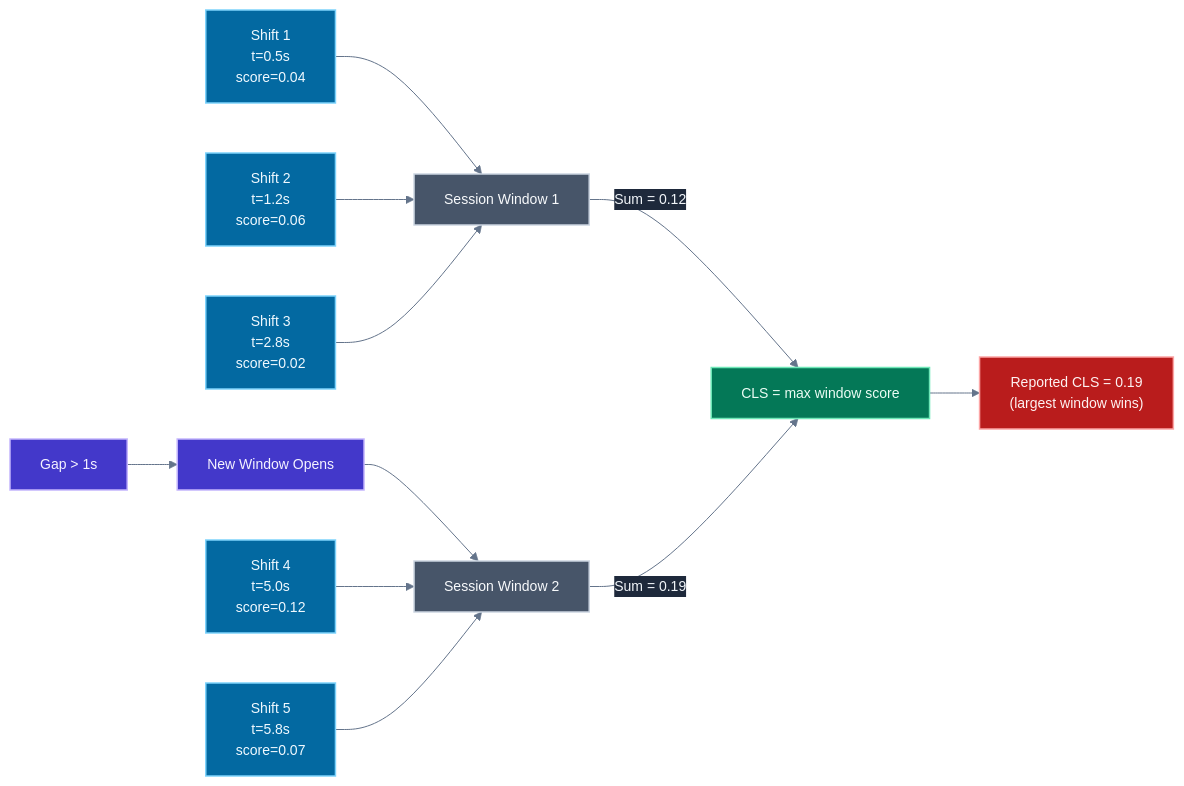
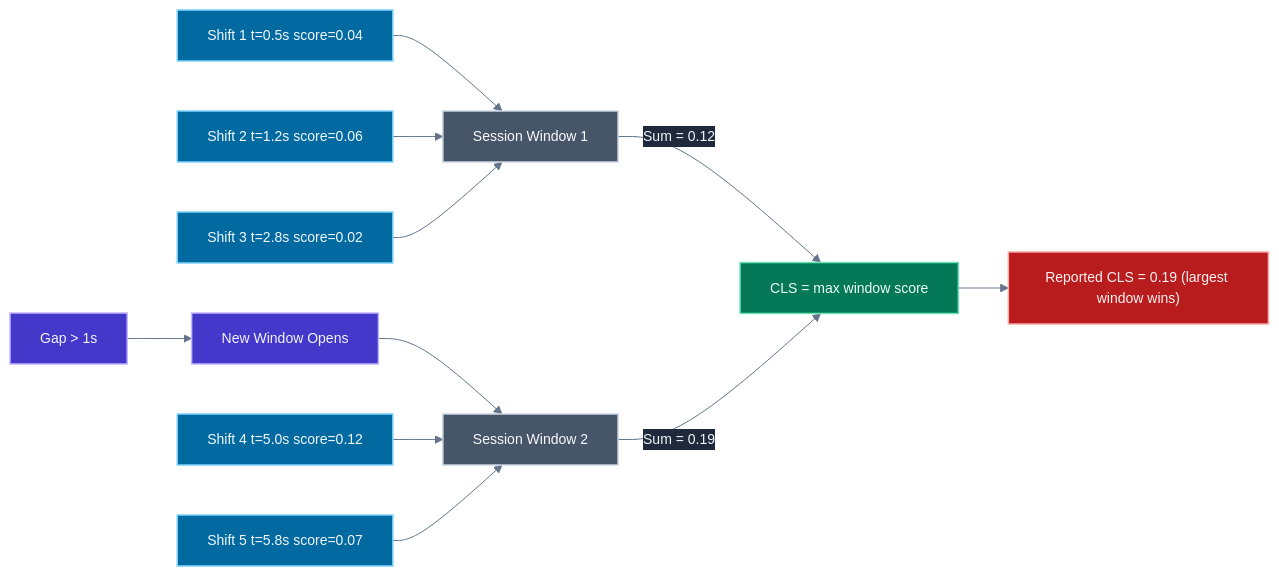
One commit to vinayakhumberi/litmus changed the third of 3 diagrams in data/topics/core-web-vitals.md. Above: the diagram before and after it, drawn with Mermaid. The commit also changed other lines of this file and 68 other files, not shown here.

````diff
--- a/data/topics/core-web-vitals.md
+++ b/data/topics/core-web-vitals.md
@@ -517,27 +517,27 @@
 ```mermaid
 %%{init: {"theme": "base", "themeVariables": {"background":"transparent","primaryColor":"#334155","primaryTextColor":"#f1f5f9","primaryBorderColor":"#64748b","lineColor":"#64748b","edgeLabelBackground":"#1e293b","textColor":"#f1f5f9","fontFamily":"\"Plus Jakarta Sans\", sans-serif","fontSize":"14px"}}}%%
 graph LR
-    A["Shift 1<br>t=0.5s<br>score=0.04"] --> W1["Session Window 1"]
-    B["Shift 2<br>t=1.2s<br>score=0.06"] --> W1
-    C["Shift 3<br>t=2.8s<br>score=0.02"] --> W1
+    A["Shift 1 t=0.5s score=0.04"] --> W1["Session Window 1"]
+    B["Shift 2 t=1.2s score=0.06"] --> W1
+    C["Shift 3 t=2.8s score=0.02"] --> W1
     D["Gap > 1s"] --> E["New Window Opens"]
     E --> W2["Session Window 2"]
-    F["Shift 4<br>t=5.0s<br>score=0.12"] --> W2
-    G["Shift 5<br>t=5.8s<br>score=0.07"] --> W2
+    F["Shift 4 t=5.0s score=0.12"] --> W2
+    G["Shift 5 t=5.8s score=0.07"] --> W2
 
     W1 -- "Sum = 0.12" --> CLS_CALC["CLS = max window score"]
     W2 -- "Sum = 0.19" --> CLS_CALC
-    CLS_CALC --> RESULT["Reported CLS = 0.19<br>(largest window wins)"]
+    CLS_CALC --> RESULT["Reported CLS = 0.19 (largest window wins)"]
 
     classDef shift fill:#0369a1,stroke:#7dd3fc,color:#f0f9ff,stroke-width:1.5px;
     classDef window fill:#475569,stroke:#cbd5e1,color:#f8fafc,stroke-width:1.5px;
     classDef flow fill:#4338ca,stroke:#c4b5fd,color:#f5f3ff,stroke-width:1.5px;
     classDef calc fill:#047857,stroke:#6ee7b7,color:#ecfdf5,stroke-width:1.5px;
     classDef result fill:#b91c1c,stroke:#fca5a5,color:#fef2f2,stroke-width:1.5px;
 
     class A,B,C,F,G shift;
     class W1,W2 window;
     class D,E flow;
     class CLS_CALC calc;
     class RESULT result;
 ```
````
